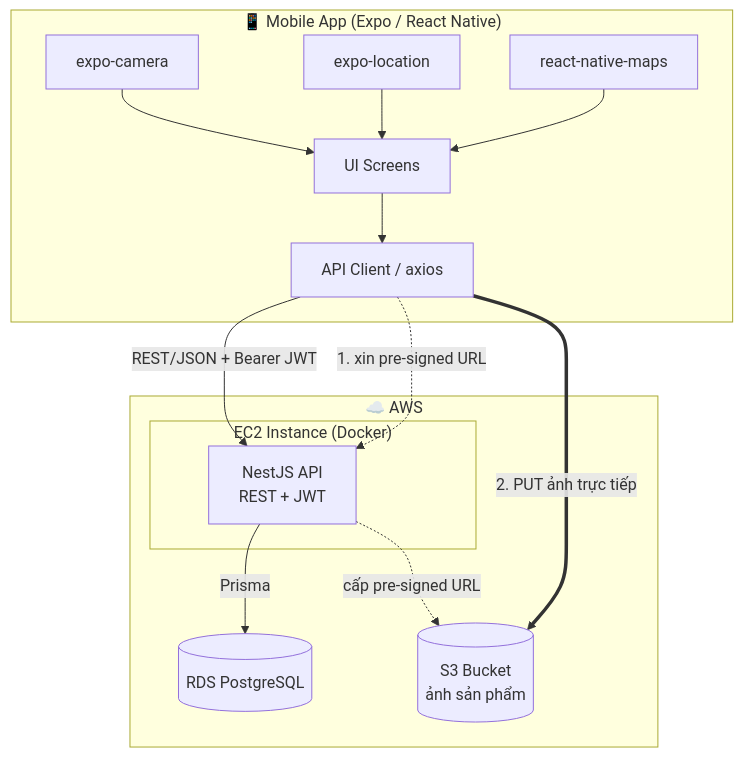
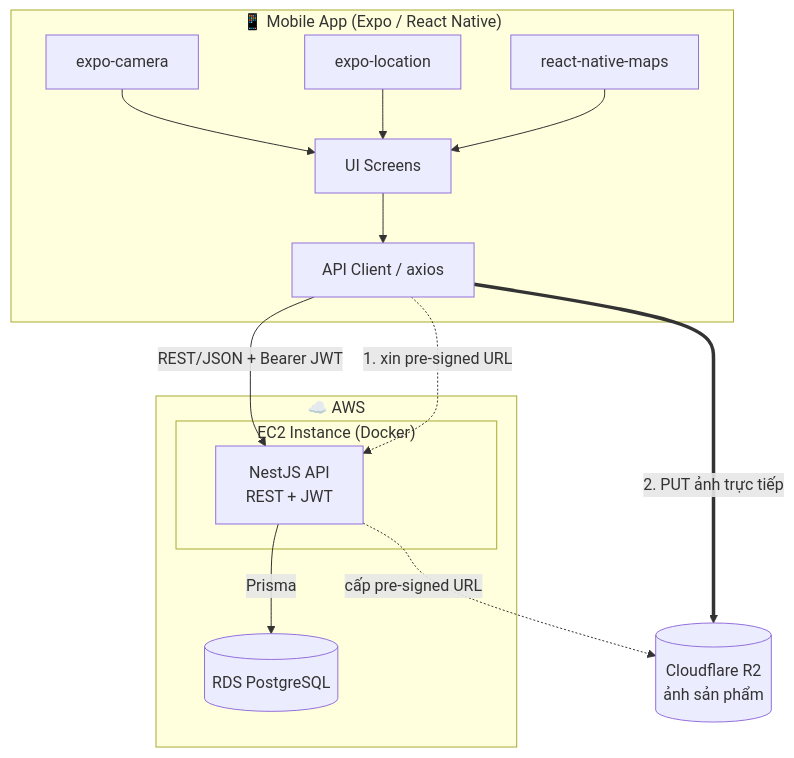
The first of 11 diagrams in DESIGN.md (truongpnhattien0299/price-tracker), drawn with Mermaid before and after one commit. The commit also changed other lines of this file and 3 other files, not shown here.

````diff
--- a/DESIGN.md
+++ b/DESIGN.md
@@ -46,29 +46,29 @@
 ```mermaid
 flowchart TB
     subgraph Client["📱 Mobile App (Expo / React Native)"]
         UI[UI Screens]
         Cam[expo-camera]
         Loc[expo-location]
         Map[react-native-maps]
         HTTP[API Client / axios]
     end
 
     subgraph AWS["☁️ AWS"]
         subgraph EC2["EC2 Instance (Docker)"]
             API[NestJS API<br/>REST + JWT]
         end
         RDS[(RDS PostgreSQL)]
-        S3[(S3 Bucket<br/>ảnh sản phẩm)]
     end
+    R2[(Cloudflare R2<br/>ảnh sản phẩm)]
 
     UI --> HTTP
     Cam --> UI
     Loc --> UI
     Map --> UI
 
     HTTP -->|REST/JSON + Bearer JWT| API
     API -->|Prisma| RDS
     HTTP -.->|1. xin pre-signed URL| API
-    HTTP ==>|2. PUT ảnh trực tiếp| S3
-    API -.->|cấp pre-signed URL| S3
+    HTTP ==>|2. PUT ảnh trực tiếp| R2
+    API -.->|cấp pre-signed URL| R2
 ```
````
